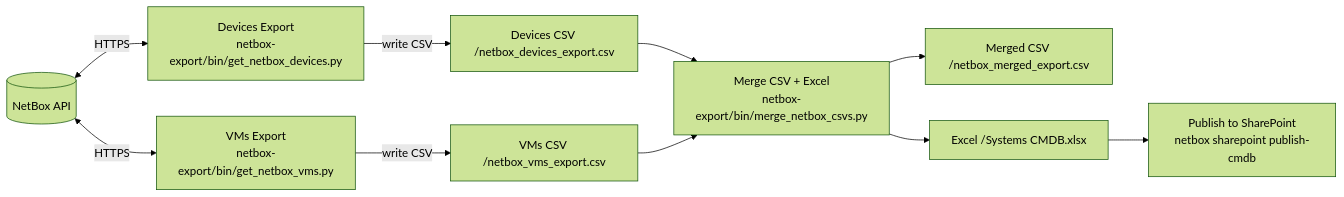
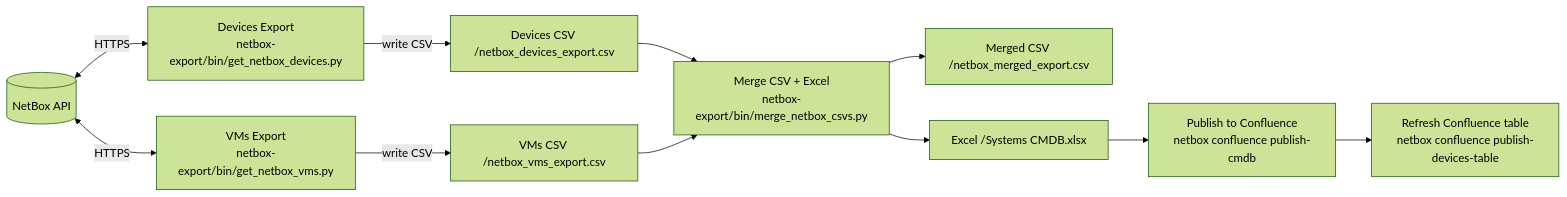
One commit to DanielTromp/Atlas changed the diagram in README.md. Above: the diagram before and after it, drawn with Mermaid (forest theme). The commit also changed other lines of this file and 14 other files, not shown here.

Commit message:
Sharepoint removed, Confluence upload added

````diff
--- a/README.md
+++ b/README.md
@@ -221,23 +217,24 @@
 ```mermaid
 flowchart LR
 
   DEV["Devices Export\nnetbox-export/bin/get_netbox_devices.py"]
   VMS["VMs Export\nnetbox-export/bin/get_netbox_vms.py"]
   MERGE["Merge CSV + Excel\nnetbox-export/bin/merge_netbox_csvs.py"]
 
 
   NB[(NetBox API)] <-->|HTTPS| DEV
   NB <-->|HTTPS| VMS
 
   DEV -->|write CSV| DCSV["Devices CSV <NETBOX_DATA_DIR>/netbox_devices_export.csv"]
   VMS -->|write CSV| VCSV["VMs CSV <NETBOX_DATA_DIR>/netbox_vms_export.csv"]
 
   DCSV --> MERGE
   VCSV --> MERGE
   MERGE --> MCSV["Merged CSV <NETBOX_DATA_DIR>/netbox_merged_export.csv"]
   MERGE --> MXL["Excel <NETBOX_DATA_DIR>/Systems CMDB.xlsx"]
 
   %% Optional publish step (auto when configured)
-  UP["Publish to SharePoint\nnetbox sharepoint publish-cmdb"]
+  UP["Publish to Confluence\nnetbox confluence publish-cmdb"]
+  UP --> TF["Refresh Confluence table\nnetbox confluence publish-devices-table"]
   MXL --> UP
 ```
````
